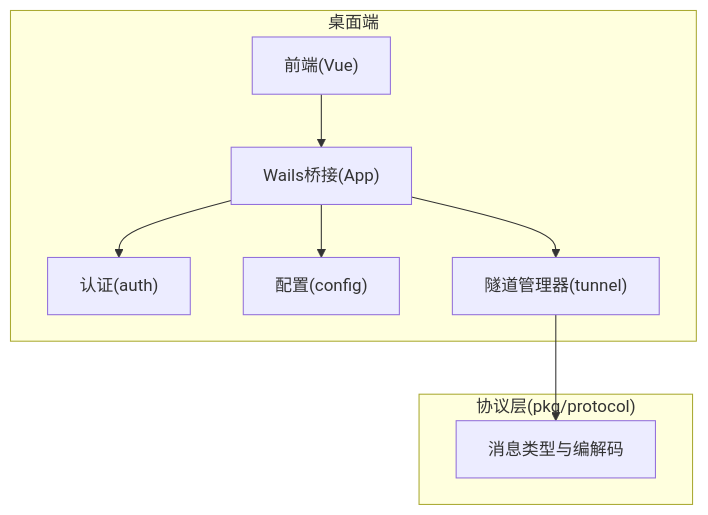
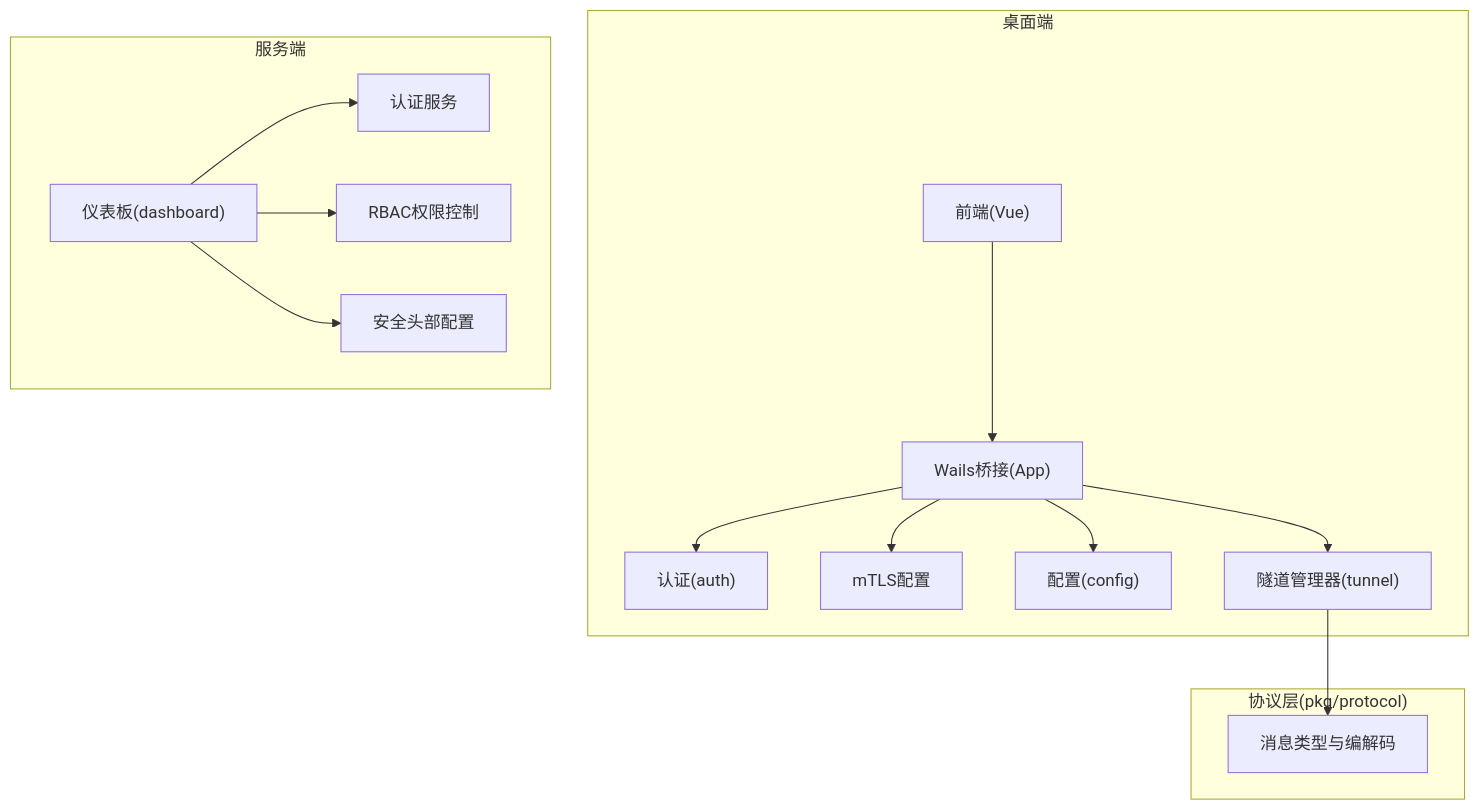
Before and after one commit to itsharex/NexTunnel: the first of 12 diagrams in .qoder/repowiki/zh/content/桌面端应用/认证系统/认证系统.md, drawn with Mermaid. The commit also changed other lines of this file and 61 other files, not shown here.

````diff
--- a/.qoder/repowiki/zh/content/桌面端应用/认证系统/认证系统.md
+++ b/.qoder/repowiki/zh/content/桌面端应用/认证系统/认证系统.md
@@ -37,18 +55,29 @@
 ```mermaid
 graph TB
 subgraph "桌面端"
 FE["前端(Vue)"]
 Wails["Wails桥接(App)"]
 Auth["认证(auth)"]
+MTLS["mTLS配置"]
 Cfg["配置(config)"]
 TMgr["隧道管理器(tunnel)"]
+end
+subgraph "服务端"
+Dash["仪表板(dashboard)"]
+AuthSrv["认证服务"]
+RBAC["RBAC权限控制"]
+SecHdr["安全头部配置"]
 end
 subgraph "协议层(pkg/protocol)"
 Proto["消息类型与编解码"]
 end
 FE --> Wails
 Wails --> Auth
+Wails --> MTLS
 Wails --> Cfg
 Wails --> TMgr
 TMgr --> Proto
+Dash --> AuthSrv
+Dash --> RBAC
+Dash --> SecHdr
 ```
````
